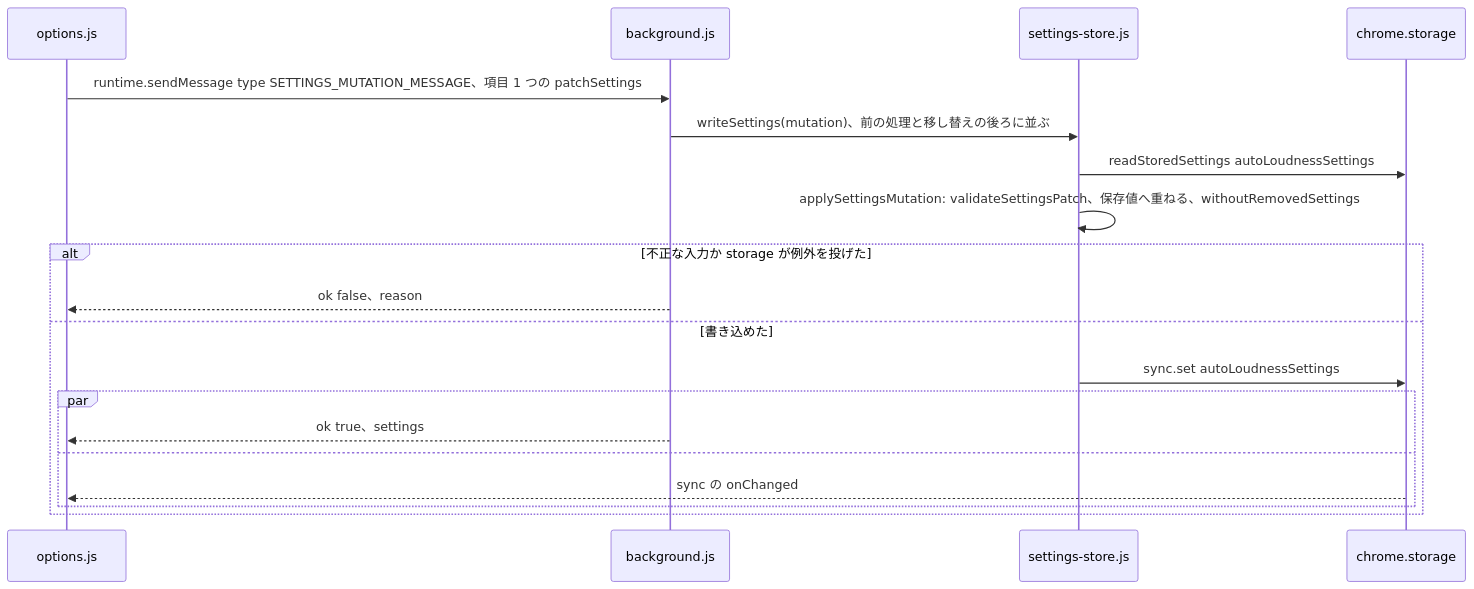
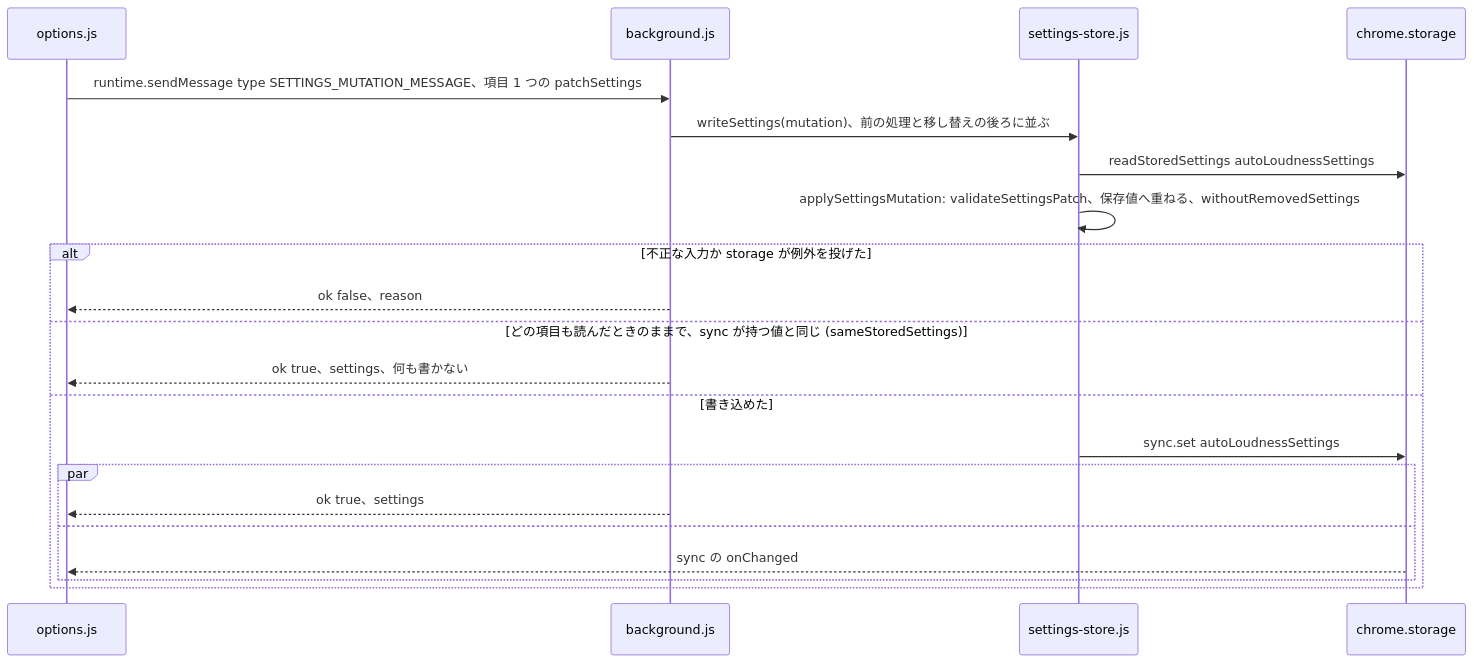
One commit to semnil/twitch-channel-volume changed the third of 17 diagrams in docs/gain-change-and-save.ja.md. Above: the diagram before and after it, drawn with Mermaid. The commit also changed other lines of this file and 5 other files, not shown here.

````diff
--- a/docs/gain-change-and-save.ja.md
+++ b/docs/gain-change-and-save.ja.md
@@ -149,21 +151,23 @@
 ```mermaid
 sequenceDiagram
   participant options as options.js
   participant sw as background.js
   participant store as settings-store.js
   participant storage as chrome.storage
   options->>sw: runtime.sendMessage type SETTINGS_MUTATION_MESSAGE、項目 1 つの patchSettings
   sw->>store: writeSettings(mutation)、前の処理と移し替えの後ろに並ぶ
   store->>storage: readStoredSettings autoLoudnessSettings
   store->>store: applySettingsMutation: validateSettingsPatch、保存値へ重ねる、withoutRemovedSettings
   alt 不正な入力か storage が例外を投げた
     sw-->>options: ok false、reason
+  else どの項目も読んだときのままで、sync が持つ値と同じ (sameStoredSettings)
+    sw-->>options: ok true、settings、何も書かない
   else 書き込めた
     store->>storage: sync.set autoLoudnessSettings
     par
       sw-->>options: ok true、settings
     and
       storage-->>options: sync の onChanged
     end
   end
 ```
````
